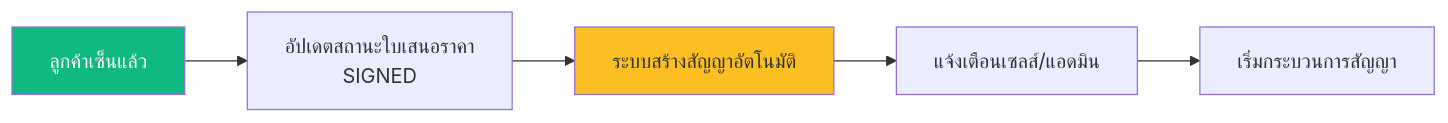
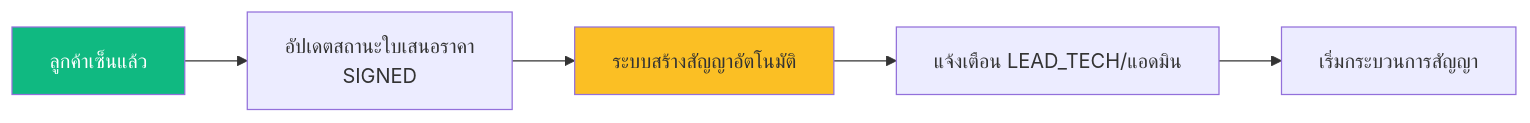
Before and after one commit to Rachaiyut/mrgreenpest-admin: diagram 11 of 46 in public/docs/FLOW.md, drawn with Mermaid. The commit also changed other lines of this file, not shown here.

First line of the commit message:
docs(flow): remove standalone Sales role — handled by LEAD_TECH/TECH

````diff
--- a/public/docs/FLOW.md
+++ b/public/docs/FLOW.md
@@ -1730,10 +1657,10 @@
 ```mermaid
 flowchart LR
     Signed[ลูกค้าเซ็นแล้ว] --> Update[อัปเดตสถานะใบเสนอราคา<br/>SIGNED]
     Update --> Auto[ระบบสร้างสัญญาอัตโนมัติ]
-    Auto --> Notify[แจ้งเตือนเซลส์/แอดมิน]
+    Auto --> Notify[แจ้งเตือน LEAD_TECH/แอดมิน]
     Notify --> StartContract[เริ่มกระบวนการสัญญา]
 
     style Signed fill:#10b981,color:#fff
     style Auto fill:#fbbf24
 ```
````
